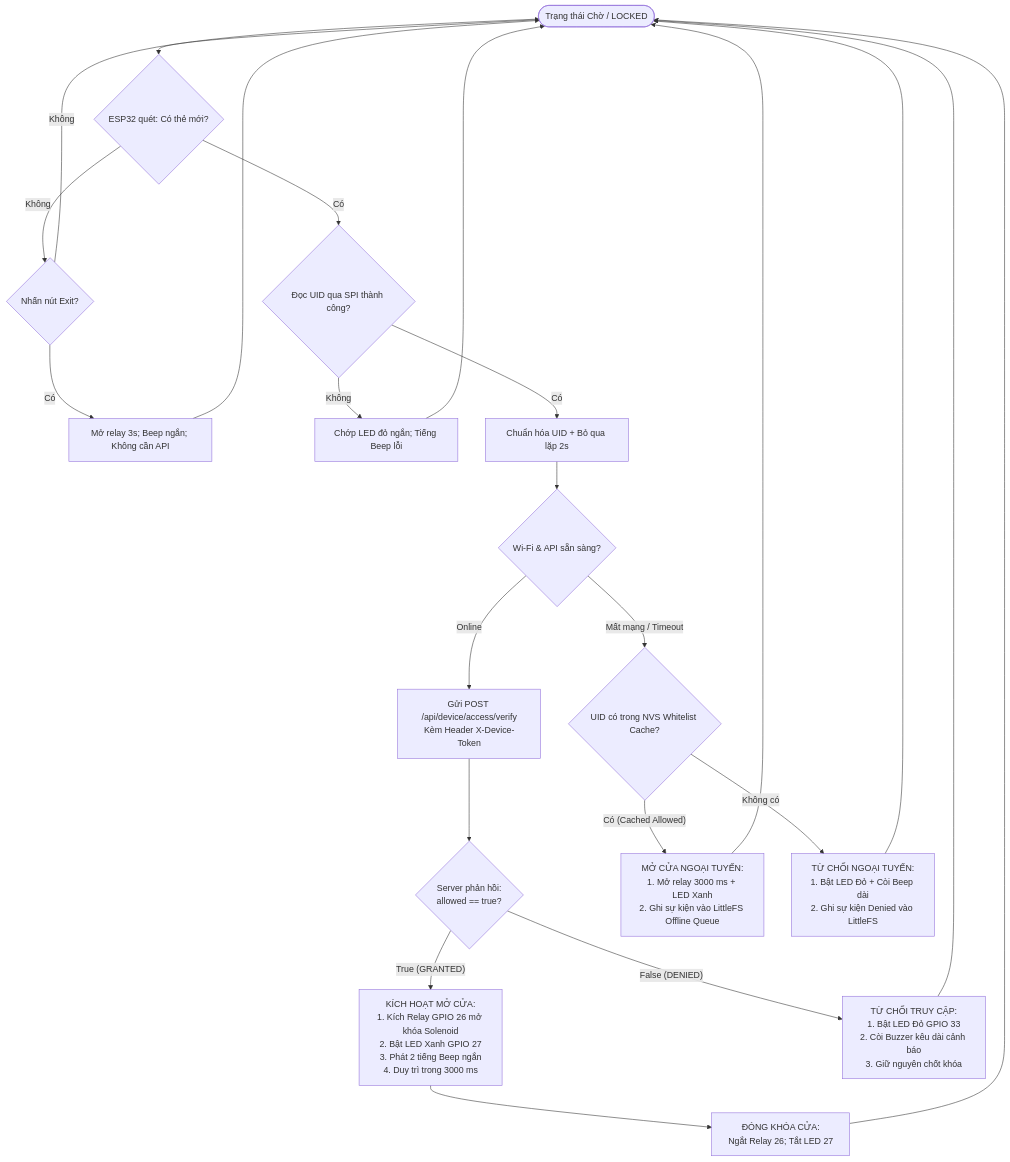
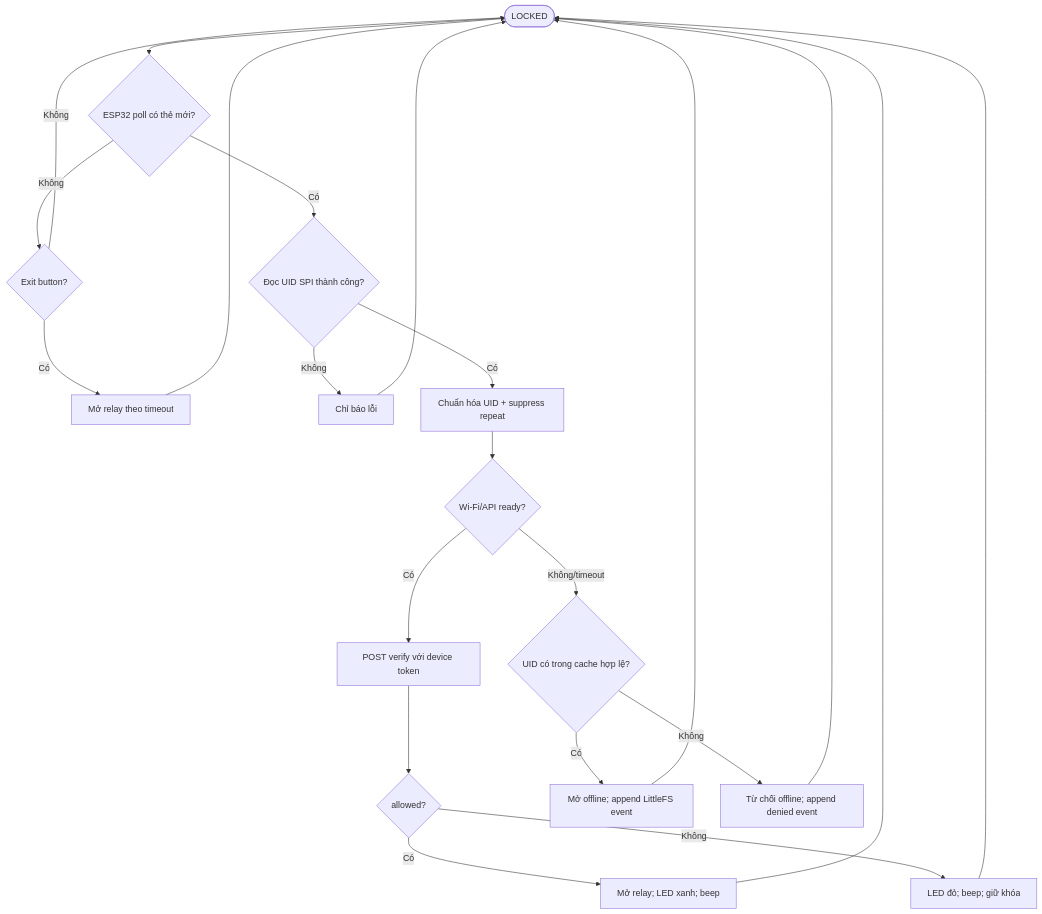
Before and after one commit to NguyenHoangUy1305/iot-rfid-access-control: the third of 4 diagrams in docs/SO_DO_KY_THUAT_VA_LY_THUYET.md, drawn with Mermaid. The commit also changed other lines of this file and 1 other file, not shown here.

Commit message:
docs: finalize Project 1 technical roadmap and schematics to v1.1 with enterprise gap analysis

````diff
--- a/docs/SO_DO_KY_THUAT_VA_LY_THUYET.md
+++ b/docs/SO_DO_KY_THUAT_VA_LY_THUYET.md
@@ -346,24 +253,18 @@
 ```mermaid
 flowchart TD
-    Start([Trạng thái Chờ / LOCKED]) --> PollCard{ESP32 quét: Có thẻ mới?}
-    PollCard -- Không --> CheckExit{Nhấn nút Exit?}
-    CheckExit -- Có --> OpenExit[Mở relay 3s; Beep ngắn; Không cần API] --> Start
-    CheckExit -- Không --> Start
-
-    PollCard -- Có --> ReadUID{Đọc UID qua SPI thành công?}
-    ReadUID -- Không --> ErrorIndicate[Chớp LED đỏ ngắn; Tiếng Beep lỗi] --> Start
-    ReadUID -- Có --> Normalize[Chuẩn hóa UID + Bỏ qua lặp 2s]
-
-    Normalize --> CheckNet{Wi-Fi & API sẵn sàng?}
-    CheckNet -- Online --> CallAPI[Gửi POST /api/device/access/verify<br/>Kèm Header X-Device-Token]
-
-    CallAPI --> ServerAuth{Server phản hồi:<br/>allowed == true?}
-    ServerAuth -- True (GRANTED) --> UnlockAction[KÍCH HOẠT MỞ CỬA:<br/>1. Kích Relay GPIO 26 mở khóa Solenoid<br/>2. Bật LED Xanh GPIO 27<br/>3. Phát 2 tiếng Beep ngắn<br/>4. Duy trì trong 3000 ms]
-    UnlockAction --> RelockAction[ĐÓNG KHÓA CỬA:<br/>Ngắt Relay 26; Tắt LED 27] --> Start
-
-    ServerAuth -- False (DENIED) --> DenyAction[TỪ CHỐI TRUY CẬP:<br/>1. Bật LED Đỏ GPIO 33<br/>2. Còi Buzzer kêu dài cảnh báo<br/>3. Giữ nguyên chốt khóa] --> Start
-
-    CheckNet -- Mất mạng / Timeout --> CheckCache{UID có trong NVS Whitelist Cache?}
-    CheckCache -- Có (Cached Allowed) --> OfflineUnlock[MỞ CỬA NGOẠI TUYẾN:<br/>1. Mở relay 3000 ms + LED Xanh<br/>2. Ghi sự kiện vào LittleFS Offline Queue] --> Start
-    CheckCache -- Không có --> OfflineDeny[TỪ CHỐI NGOẠI TUYẾN:<br/>1. Bật LED Đỏ + Còi Beep dài<br/>2. Ghi sự kiện Denied vào LittleFS] --> Start
+    A([LOCKED]) --> B{ESP32 poll có thẻ mới?}
+    B -- Không --> C{Exit button?}
+    C -- Có --> D[Mở relay theo timeout] --> A
+    C -- Không --> A
+    B -- Có --> E{Đọc UID SPI thành công?}
+    E -- Không --> F[Chỉ báo lỗi] --> A
+    E -- Có --> G[Chuẩn hóa UID + suppress repeat]
+    G --> H{Wi-Fi/API ready?}
+    H -- Có --> I[POST verify với device token]
+    I --> J{allowed?}
+    J -- Có --> K[Mở relay; LED xanh; beep] --> A
+    J -- Không --> L[LED đỏ; beep; giữ khóa] --> A
+    H -- Không/timeout --> M{UID có trong cache hợp lệ?}
+    M -- Có --> N[Mở offline; append LittleFS event] --> A
+    M -- Không --> O[Từ chối offline; append denied event] --> A
 ```
````
